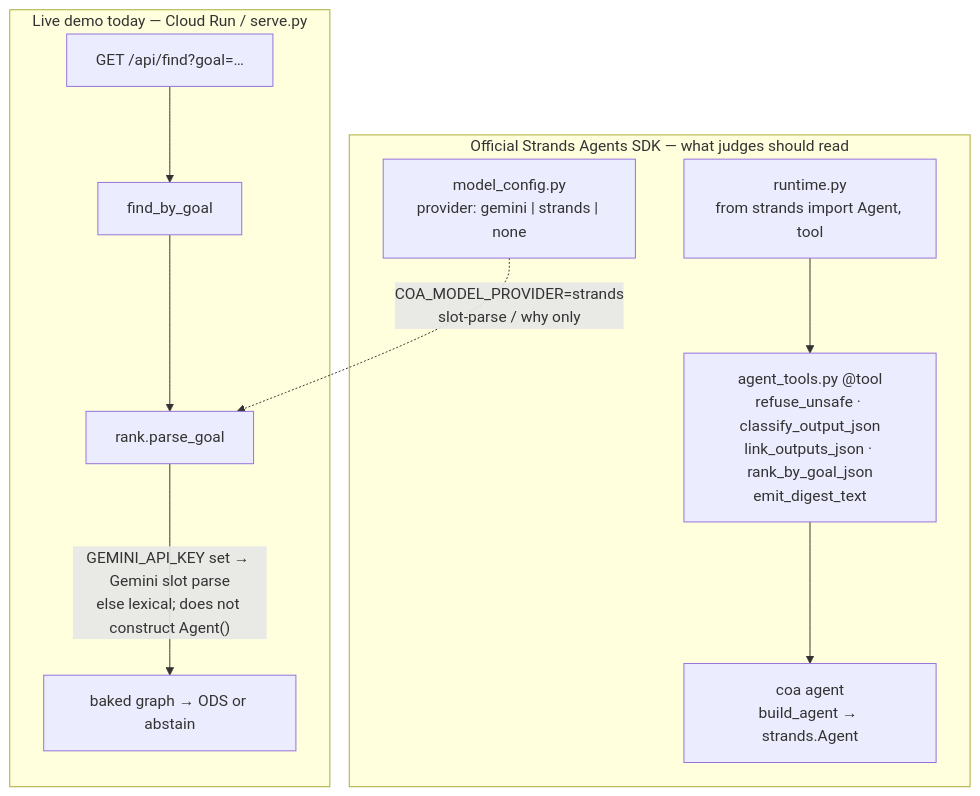
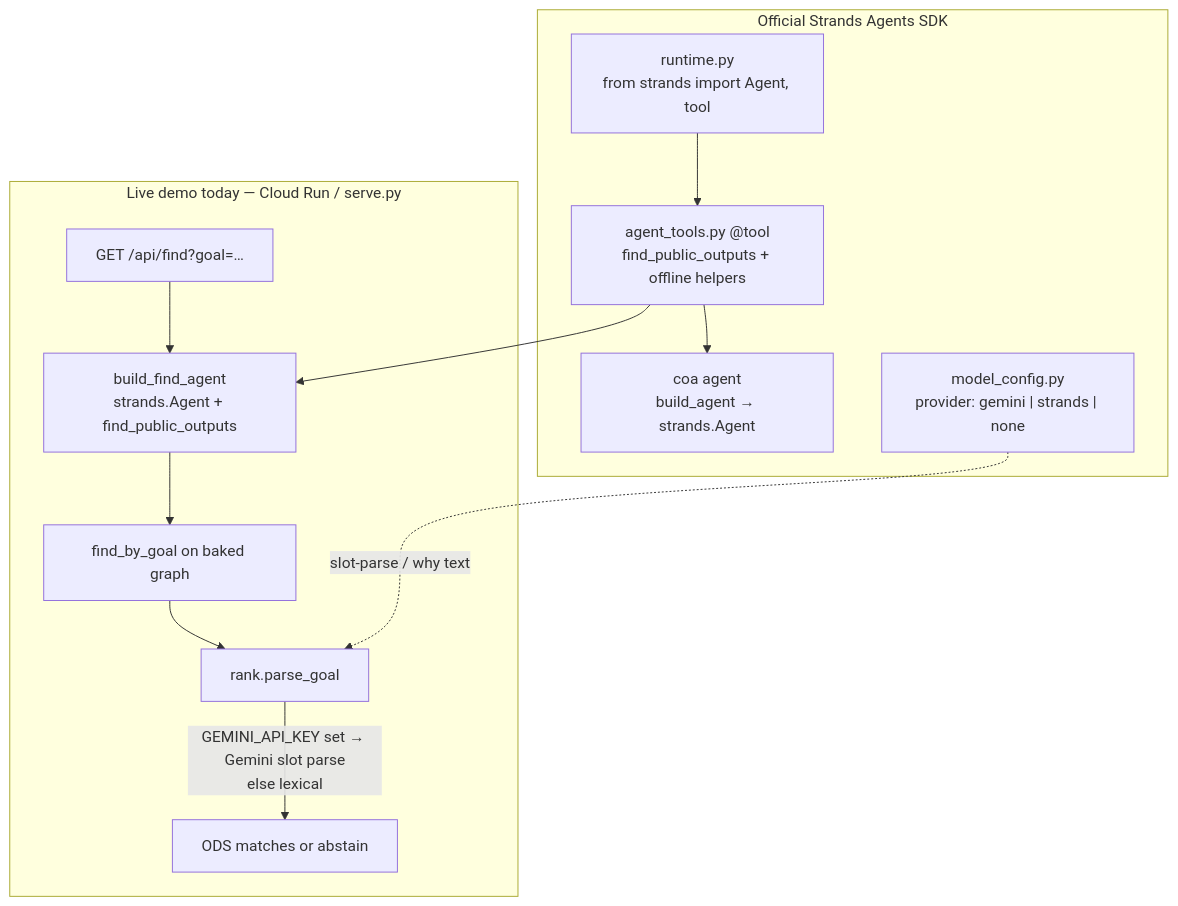
Before and after one commit to qxiong888/cancer-output-atlas: the second of 2 diagrams in README.md, drawn with Mermaid. The commit also changed other lines of this file and 1 other file, not shown here.

Commit message:
Add Apache-2.0 LICENSE and document live Strands find path.

````diff
--- a/README.md
+++ b/README.md
@@ -62,17 +62,20 @@
 ```mermaid
 flowchart TB
   subgraph live ["Live demo today — Cloud Run / serve.py"]
-    S["GET /api/find?goal=…"] --> F["find_by_goal"]
+    S["GET /api/find?goal=…"] --> AG["build_find_agent<br/>strands.Agent + find_public_outputs"]
+    AG --> F["find_by_goal on baked graph"]
     F --> PG["rank.parse_goal"]
-    PG -->|"GEMINI_API_KEY set → Gemini slot parse<br/>else lexical; does not construct Agent()"| G2["baked graph → ODS or abstain"]
+    PG -->|"GEMINI_API_KEY set → Gemini slot parse<br/>else lexical"| G2["ODS matches or abstain"]
   end
 
-  subgraph sdk ["Official Strands Agents SDK — what judges should read"]
+  subgraph sdk ["Official Strands Agents SDK"]
     RT["runtime.py<br/>from strands import Agent, tool"]
-    AT["agent_tools.py @tool<br/>refuse_unsafe · classify_output_json<br/>link_outputs_json · rank_by_goal_json<br/>emit_digest_text"]
+    AT["agent_tools.py @tool<br/>find_public_outputs + offline helpers"]
     CLI["coa agent<br/>build_agent → strands.Agent"]
     MC["model_config.py<br/>provider: gemini | strands | none"]
-    RT --> AT --> CLI
-    MC -.->|"COA_MODEL_PROVIDER=strands<br/>slot-parse / why only"| PG
+    RT --> AT
+    AT --> AG
+    AT --> CLI
+    MC -.->|"slot-parse / why text"| PG
   end
 ```
````
